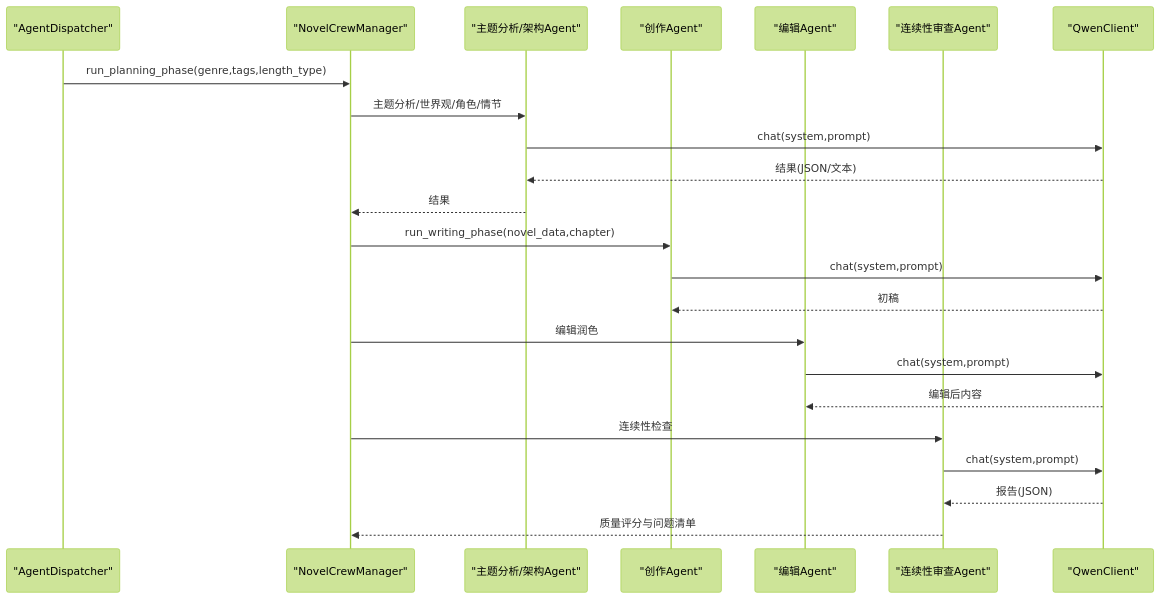
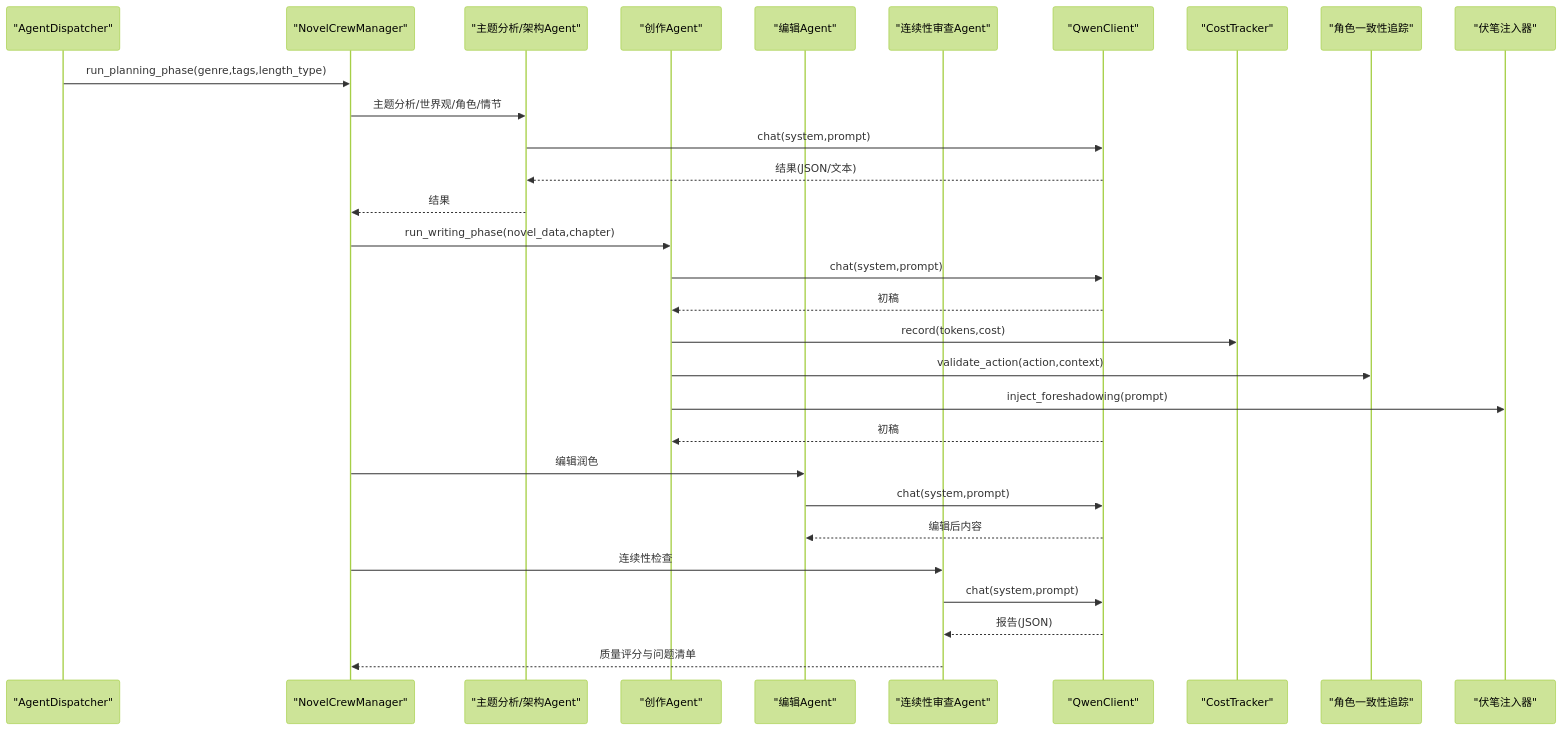
One commit to xfbyxq/ai-novel-system changed the fifth of 15 diagrams in .qoder/repowiki/zh/content/项目概述/项目概述.md. Above: the diagram before and after it, drawn with Mermaid (forest theme). The commit also changed other lines of this file and 9 other files, not shown here.

First line of the commit message:
feat(core): 完善v2.1.0版本，新增Neo4j图数据库及多项智能功能

````diff
--- a/.qoder/repowiki/zh/content/项目概述/项目概述.md
+++ b/.qoder/repowiki/zh/content/项目概述/项目概述.md
@@ -265,25 +340,32 @@
 ```mermaid
 sequenceDiagram
 participant Dispatcher as "AgentDispatcher"
 participant Crew as "NovelCrewManager"
 participant Planner as "主题分析/架构Agent"
 participant Writer as "创作Agent"
 participant Editor as "编辑Agent"
 participant Checker as "连续性审查Agent"
 participant LLM as "QwenClient"
+participant Cost as "CostTracker"
+participant Consistency as "角色一致性追踪"
+participant Foreshadowing as "伏笔注入器"
 Dispatcher->>Crew : run_planning_phase(genre,tags,length_type)
 Crew->>Planner : 主题分析/世界观/角色/情节
 Planner->>LLM : chat(system,prompt)
 LLM-->>Planner : 结果(JSON/文本)
 Planner-->>Crew : 结果
 Crew->>Writer : run_writing_phase(novel_data,chapter)
 Writer->>LLM : chat(system,prompt)
+LLM-->>Writer : 初稿
+Writer->>Cost : record(tokens,cost)
+Writer->>Consistency : validate_action(action,context)
+Writer->>Foreshadowing : inject_foreshadowing(prompt)
 LLM-->>Writer : 初稿
 Crew->>Editor : 编辑润色
 Editor->>LLM : chat(system,prompt)
 LLM-->>Editor : 编辑后内容
 Crew->>Checker : 连续性检查
 Checker->>LLM : chat(system,prompt)
 LLM-->>Checker : 报告(JSON)
 Checker-->>Crew : 质量评分与问题清单
 ```
````
